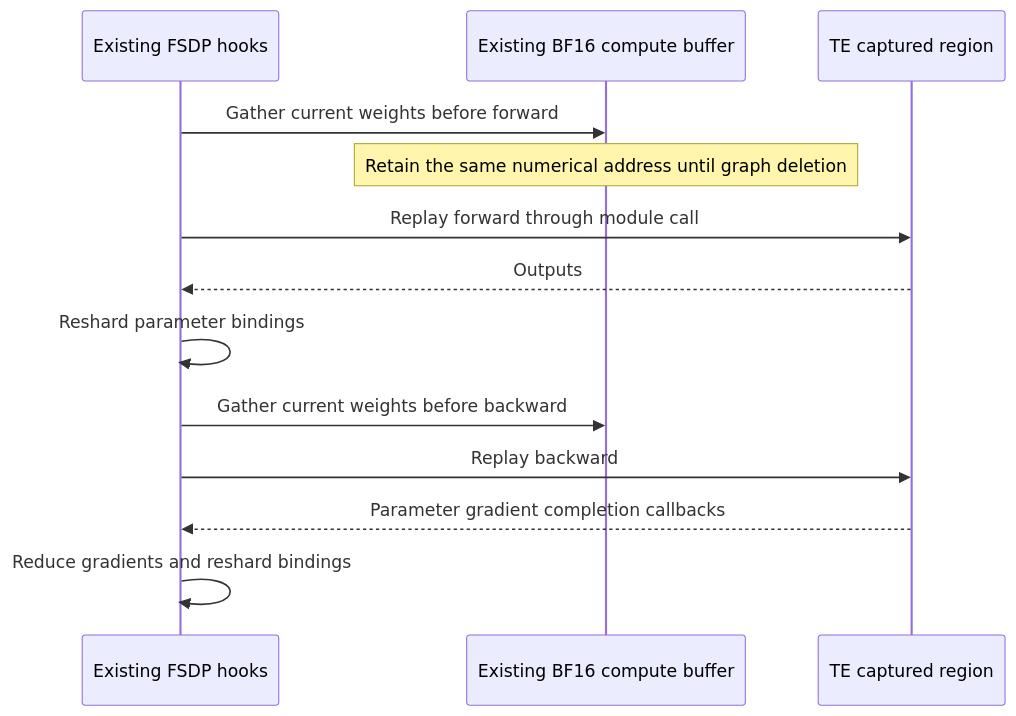
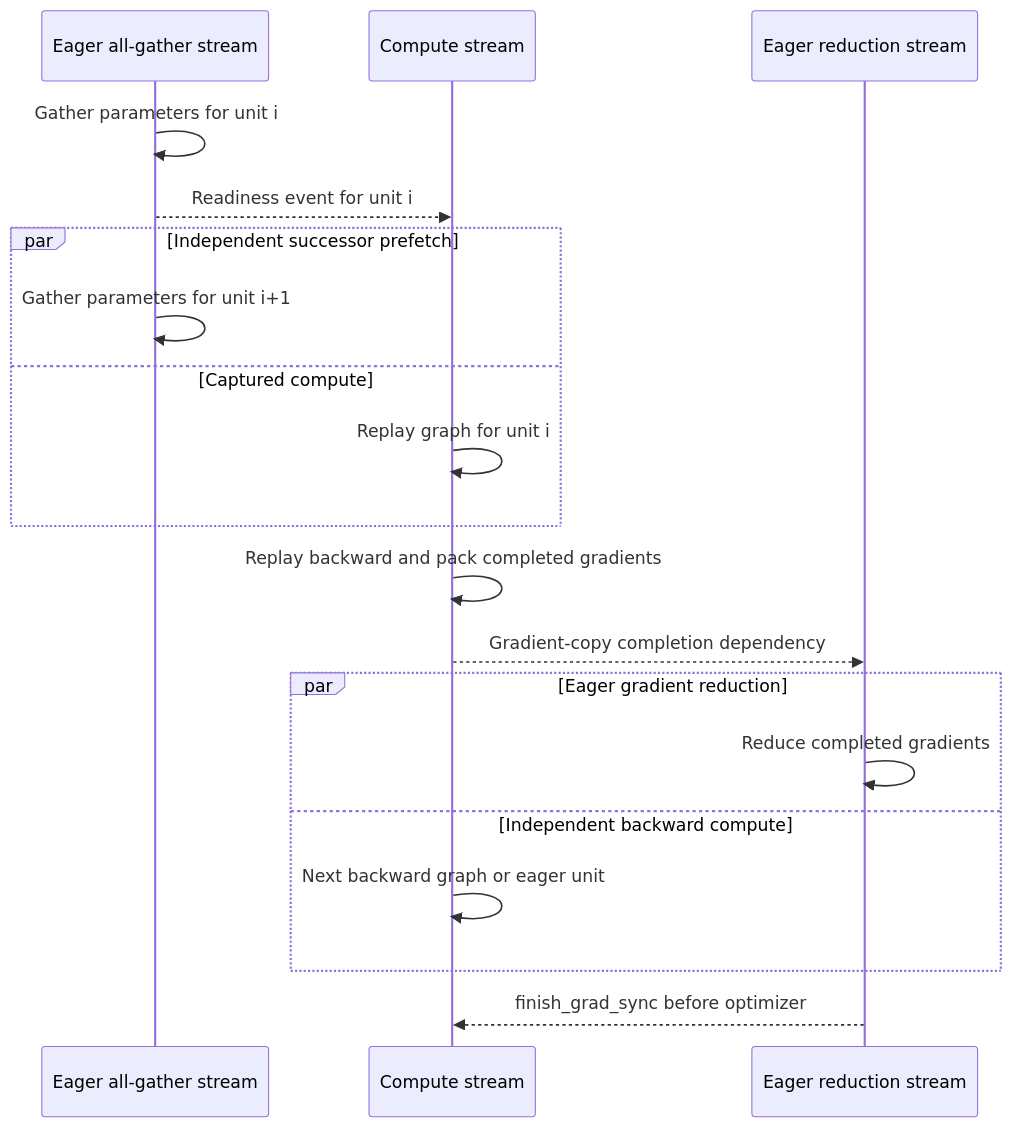
One commit to WEIXILIN0307/Megatron-LM changed the diagram in docs/developer/mfsdp_v2_partial_cuda_graph.md. Above: the diagram before and after it, drawn with Mermaid. The commit also changed other lines of this file and 2 other files, not shown here.

Commit message:
test(mfsdp): validate partial graph communication overlap

````diff
--- a/docs/developer/mfsdp_v2_partial_cuda_graph.md
+++ b/docs/developer/mfsdp_v2_partial_cuda_graph.md
@@ -62,15 +88,21 @@
 ```mermaid
 sequenceDiagram
-    participant F as Existing FSDP hooks
-    participant B as Existing BF16 compute buffer
-    participant G as TE captured region
-    F->>B: Gather current weights before forward
-    Note over B: Retain the same numerical address until graph deletion
-    F->>G: Replay forward through module call
-    G-->>F: Outputs
-    F->>F: Reshard parameter bindings
-    F->>B: Gather current weights before backward
-    F->>G: Replay backward
-    G-->>F: Parameter gradient completion callbacks
-    F->>F: Reduce gradients and reshard bindings
+    participant A as Eager all-gather stream
+    participant C as Compute stream
+    participant R as Eager reduction stream
+    A->>A: Gather parameters for unit i
+    A-->>C: Readiness event for unit i
+    par Independent successor prefetch
+        A->>A: Gather parameters for unit i+1
+    and Captured compute
+        C->>C: Replay graph for unit i
+    end
+    C->>C: Replay backward and pack completed gradients
+    C-->>R: Gradient-copy completion dependency
+    par Eager gradient reduction
+        R->>R: Reduce completed gradients
+    and Independent backward compute
+        C->>C: Next backward graph or eager unit
+    end
+    R-->>C: finish_grad_sync before optimizer
 ```
````
